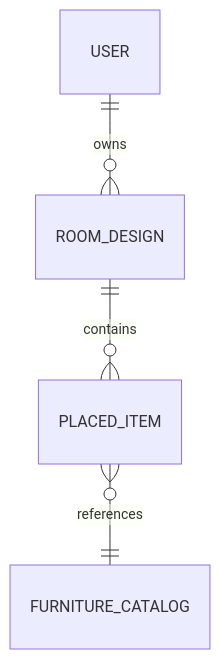
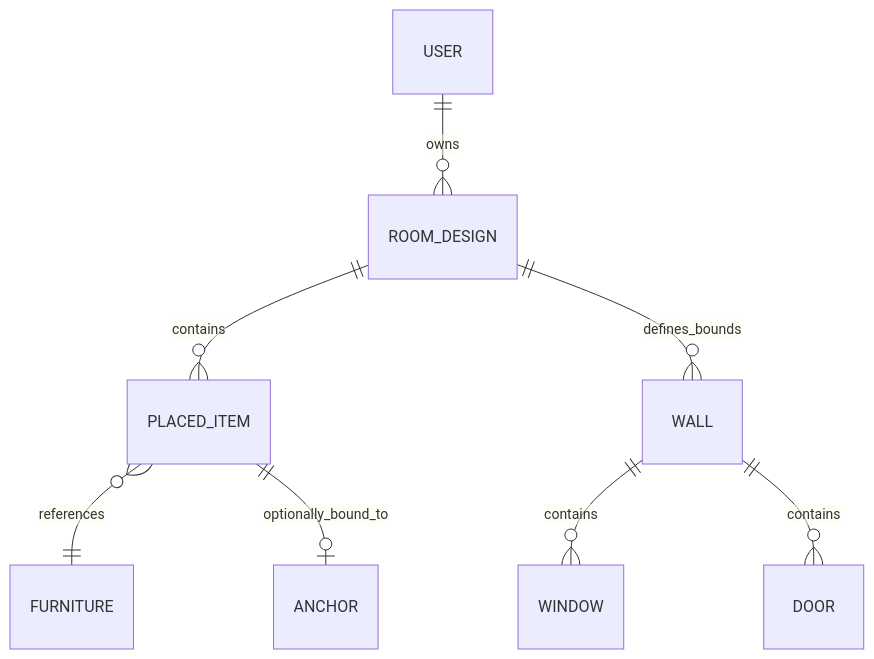
One commit to Vinoth-ai-20/lumiroom changed the diagram in docs/DatabaseDesign.md. Above: the diagram before and after it, drawn with Mermaid. The commit also changed other lines of this file and 63 other files, not shown here.

````diff
--- a/docs/DatabaseDesign.md
+++ b/docs/DatabaseDesign.md
@@ -25,6 +22,10 @@
 ```mermaid
 erDiagram
     USER ||--o{ ROOM_DESIGN : owns
     ROOM_DESIGN ||--o{ PLACED_ITEM : contains
-    PLACED_ITEM }o--|| FURNITURE_CATALOG : references
+    ROOM_DESIGN ||--o{ WALL : defines_bounds
+    WALL ||--o{ WINDOW : contains
+    WALL ||--o{ DOOR : contains
+    PLACED_ITEM }o--|| FURNITURE : references
+    PLACED_ITEM ||--o| ANCHOR : optionally_bound_to
 ```
````
